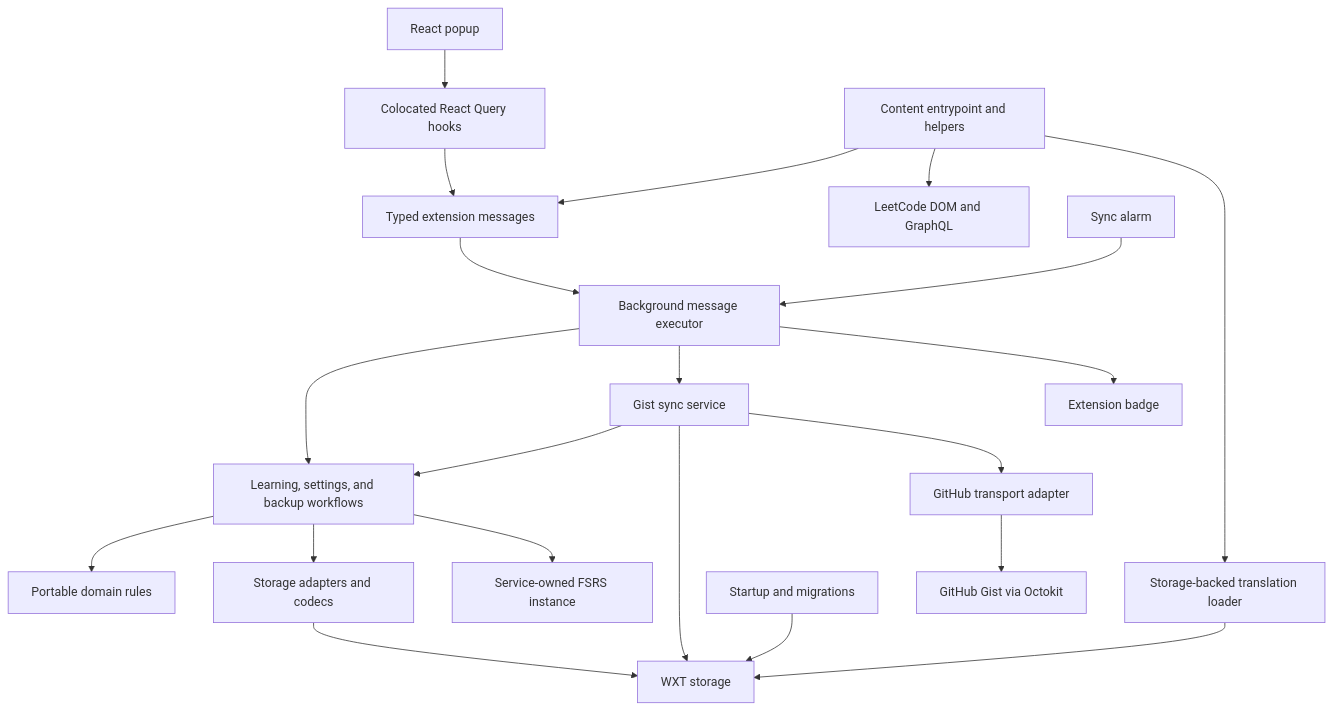
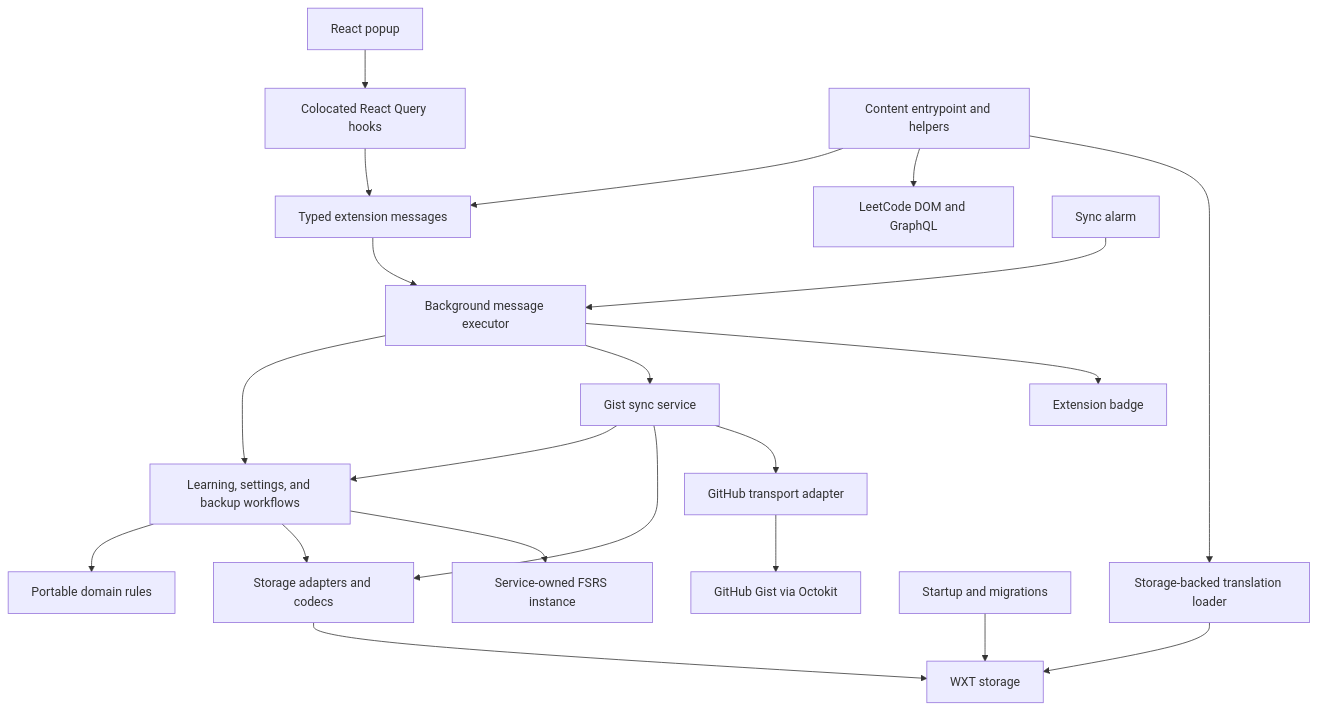
One commit to mattcdrake/LeetSRS changed the diagram in docs/architecture.md. Above: the diagram before and after it, drawn with Mermaid. The commit also changed other lines of this file and 7 other files, not shown here.

````diff
--- a/docs/architecture.md
+++ b/docs/architecture.md
@@ -17,23 +17,23 @@
 ```mermaid
 flowchart TD
   Popup[React popup] --> Queries[Colocated React Query hooks]
   Queries --> Messages[Typed extension messages]
   Content[Content entrypoint and helpers] --> Messages
   Content --> Page[LeetCode DOM and GraphQL]
   Content --> I18n[Storage-backed translation loader]
   I18n --> Storage[WXT storage]
   Messages --> Executor[Background message executor]
   Alarm[Sync alarm] --> Executor
   Executor --> Services[Learning, settings, and backup workflows]
   Executor --> Sync[Gist sync service]
   Services --> Domain[Portable domain rules]
   Services --> Persistence[Storage adapters and codecs]
   Services --> FSRS[Service-owned FSRS instance]
   Persistence --> Storage
   Startup[Startup and migrations] --> Storage
   Sync --> Services
-  Sync --> Storage
+  Sync --> Persistence
   Sync --> Transport[GitHub transport adapter]
   Transport --> GitHub[GitHub Gist via Octokit]
   Executor --> Badge[Extension badge]
 ```
````
